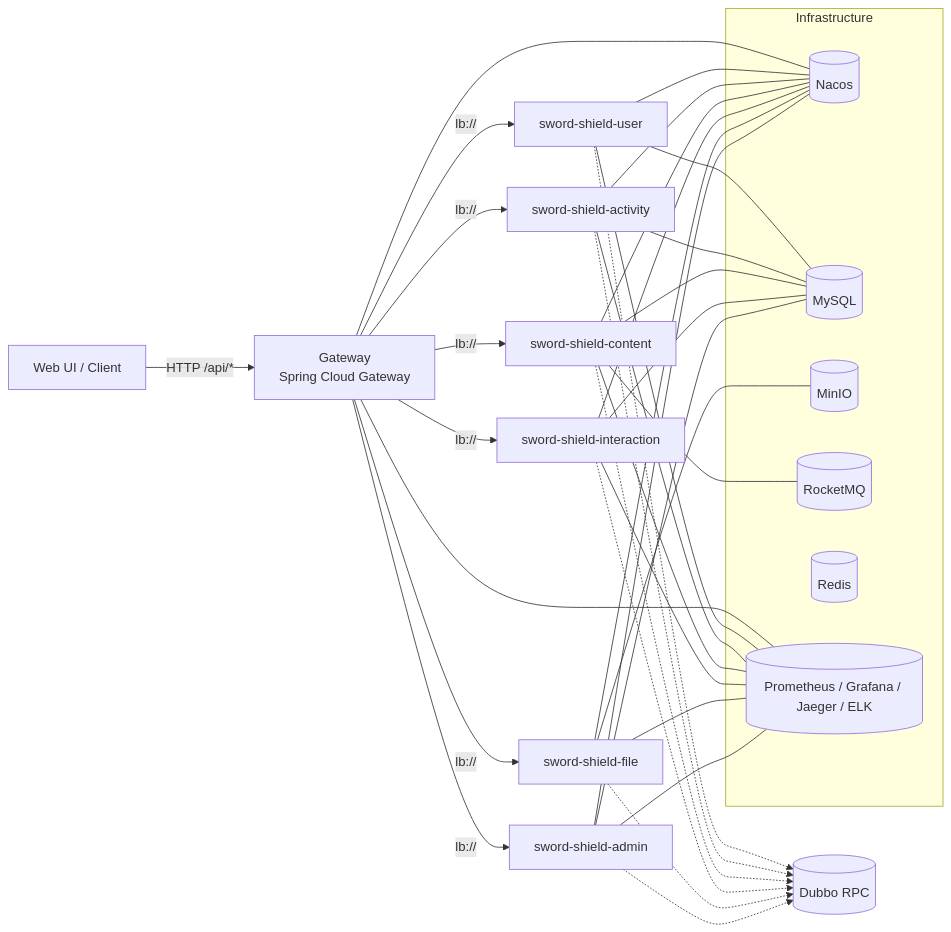
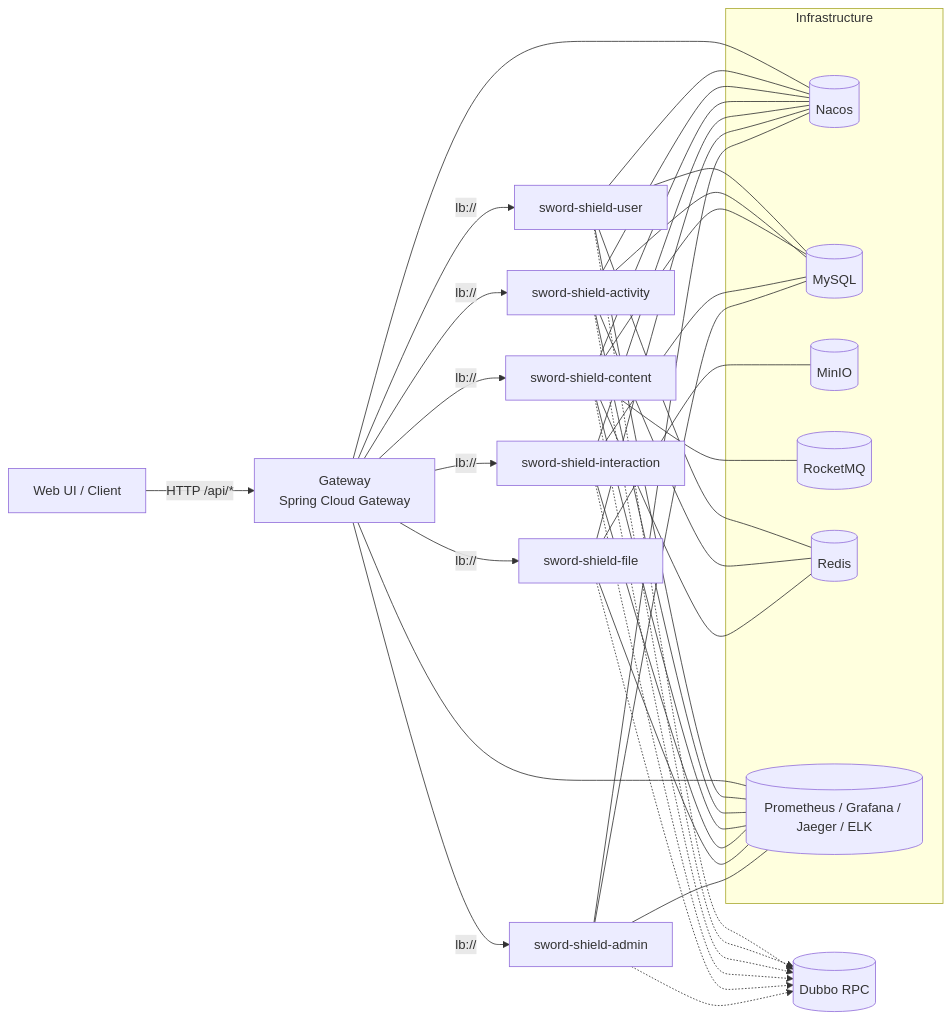
Before and after one commit to sry8848/sword_shield_web: the diagram in README.md, drawn with Mermaid. The commit also changed other lines of this file and 13 other files, not shown here.

````diff
--- a/README.md
+++ b/README.md
@@ -20,52 +20,55 @@
 ```mermaid
 flowchart LR
   UI[Web UI / Client] -->|HTTP /api/*| GW[Gateway<br/>Spring Cloud Gateway]
 
   GW -->|lb://| USER[sword-shield-user]
   GW -->|lb://| ACT[sword-shield-activity]
   GW -->|lb://| CNT[sword-shield-content]
   GW -->|lb://| INT[sword-shield-interaction]
   GW -->|lb://| FILE[sword-shield-file]
   GW -->|lb://| ADM[sword-shield-admin]
 
   RPC[(Dubbo RPC)]
   USER -.-> RPC
   ACT -.-> RPC
   CNT -.-> RPC
   INT -.-> RPC
   FILE -.-> RPC
   ADM -.-> RPC
 
   subgraph Infra[Infrastructure]
     NACOS[(Nacos)]
     MYSQL[(MySQL)]
     MINIO[(MinIO)]
     MQ[(RocketMQ)]
     REDIS[(Redis)]
     OBS[(Prometheus / Grafana / Jaeger / ELK)]
   end
 
   GW --- NACOS
   USER --- NACOS
   ACT --- NACOS
   CNT --- NACOS
   INT --- NACOS
   FILE --- NACOS
   ADM --- NACOS
 
   USER --- MYSQL
   ACT --- MYSQL
   CNT --- MYSQL
   INT --- MYSQL
   ADM --- MYSQL
   FILE --- MINIO
   CNT --- MQ
+  USER --- REDIS
+  ACT --- REDIS
+  CNT --- REDIS
 
   GW --- OBS
   USER --- OBS
   ACT --- OBS
   CNT --- OBS
   INT --- OBS
   FILE --- OBS
   ADM --- OBS
 ```
````
